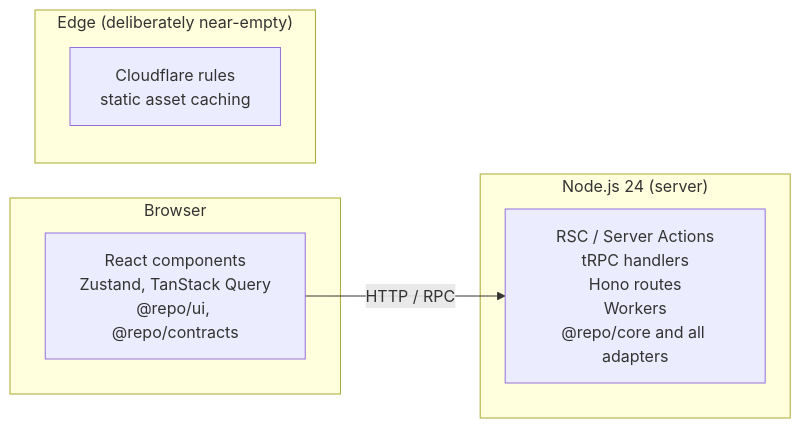
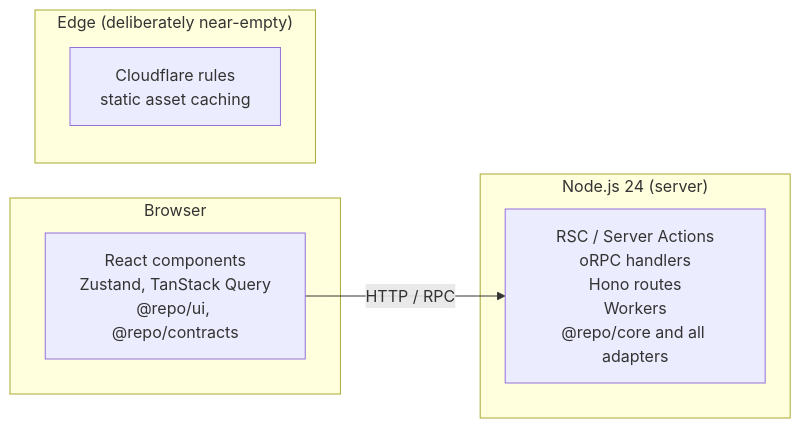
Before and after one commit to jleveneur/nextjs-boilerplate: the diagram in docs/architecture/01-principles-and-constraints.md, drawn with Mermaid. The commit also changed other lines of this file and 71 other files, not shown here.

````diff
--- a/docs/architecture/01-principles-and-constraints.md
+++ b/docs/architecture/01-principles-and-constraints.md
@@ -128,14 +128,14 @@
 ```mermaid
 flowchart LR
     subgraph browser["Browser"]
         B1["React components<br/>Zustand, TanStack Query<br/>@repo/ui, @repo/contracts"]
     end
     subgraph node["Node.js 24 (server)"]
-        N1["RSC / Server Actions<br/>tRPC handlers<br/>Hono routes<br/>Workers<br/>@repo/core and all adapters"]
+        N1["RSC / Server Actions<br/>oRPC handlers<br/>Hono routes<br/>Workers<br/>@repo/core and all adapters"]
     end
     subgraph edge["Edge (deliberately near-empty)"]
         E1["Cloudflare rules<br/>static asset caching"]
     end
 
     B1 -->|"HTTP / RPC"| N1
 ```
````
